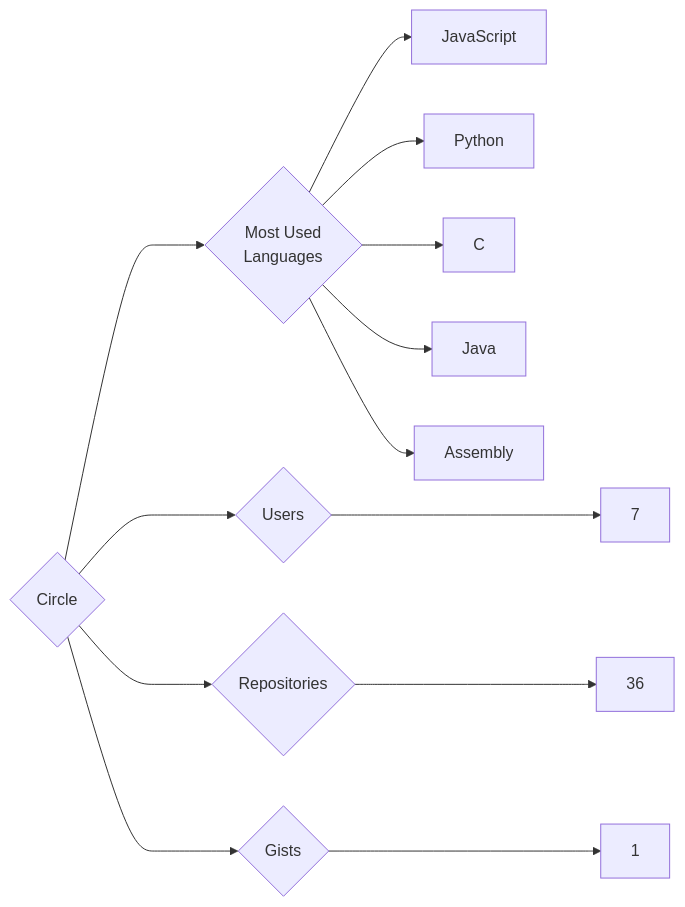
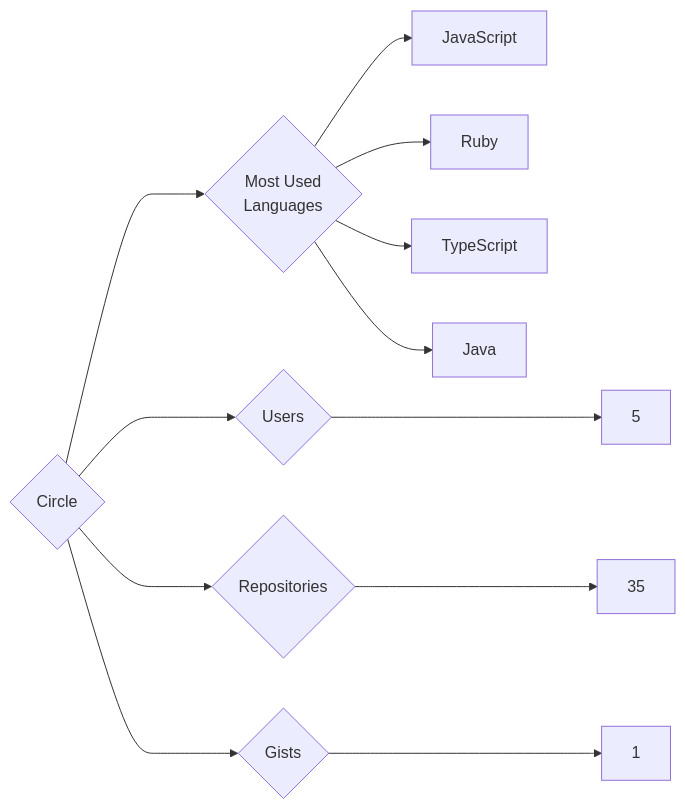
The diagram in targets/Circle/README.md (trickest/insiders), drawn with Mermaid before and after one commit. The commit also changed 1092 other files, not shown here.

````diff
--- a/targets/Circle/README.md
+++ b/targets/Circle/README.md
@@ -3,13 +3,12 @@
 ```mermaid
 graph LR
 COMPANY_NAME{Circle}
-COMPANY_NAME ---> U{Users} ---> UN[7]
-COMPANY_NAME ---> R{Repositories} ---> RN[36]
+COMPANY_NAME ---> U{Users} ---> UN[5]
+COMPANY_NAME ---> R{Repositories} ---> RN[35]
 COMPANY_NAME ---> G{Gists} ---> GN[1]
 COMPANY_NAME ---> ML{Most Used<br>Languages}
 ML --> JavaScript[JavaScript]
-ML --> Python[Python]
-ML --> C[C]
+ML --> Ruby[Ruby]
+ML --> TypeScript[TypeScript]
 ML --> Java[Java]
-ML --> Assembly[Assembly]
 ```
````
